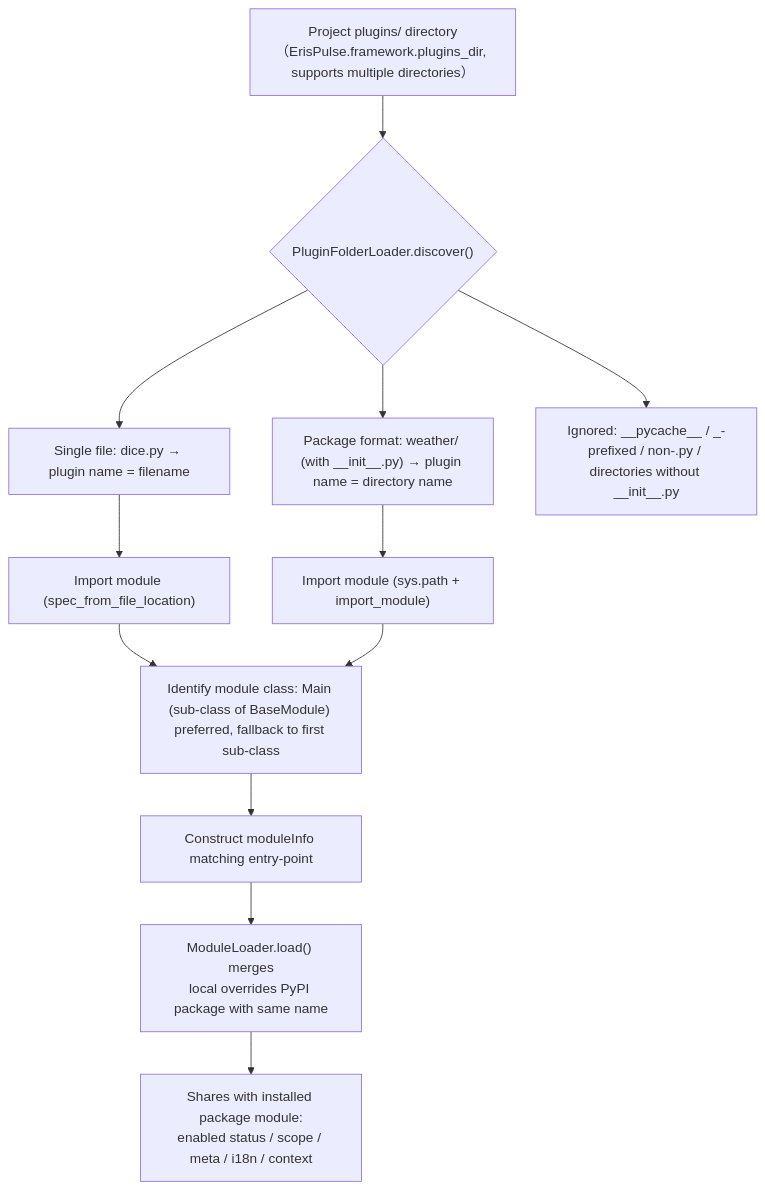
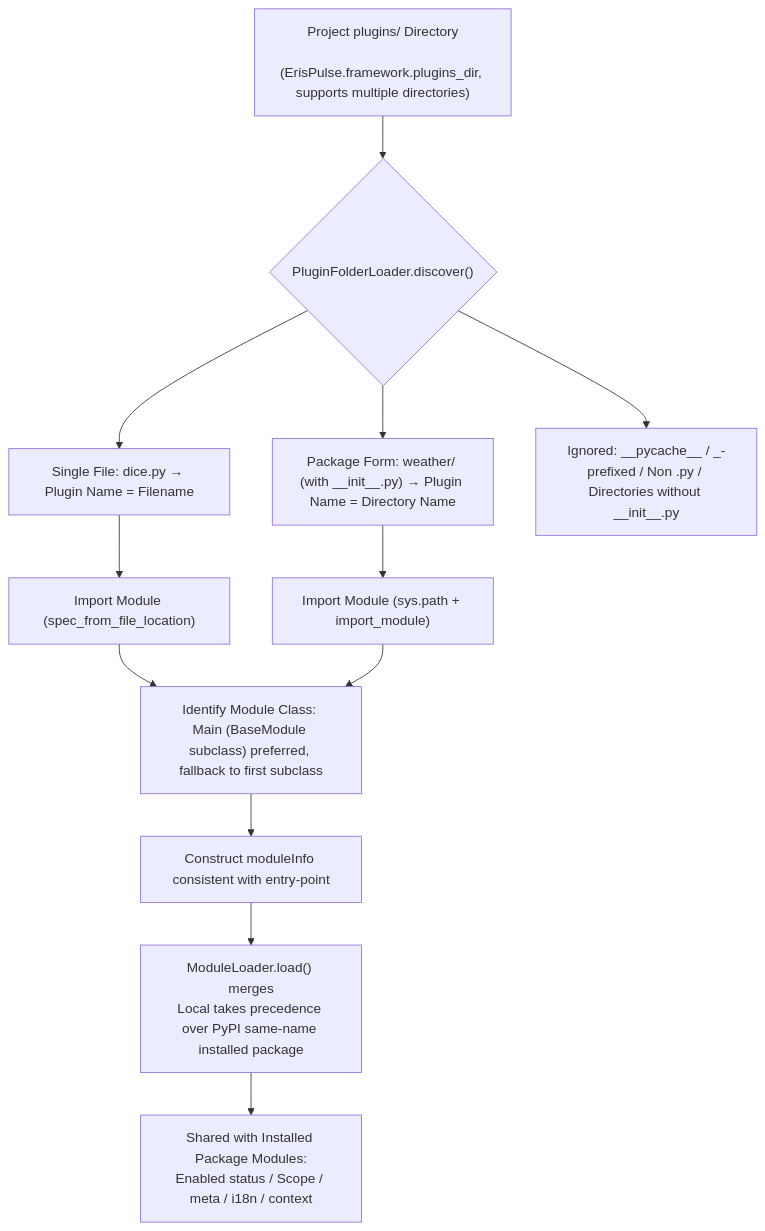
One commit to ErisPulse/ErisPulse changed the eighth of 9 diagrams in docs/en/architecture.md. Above: the diagram before and after it, drawn with Mermaid. The commit also changed other lines of this file and 79 other files, not shown here.

````diff
--- a/docs/en/architecture.md
+++ b/docs/en/architecture.md
@@ -258,14 +258,14 @@
 ```mermaid
 flowchart TD
-    A["Project plugins/ directory<br/>（ErisPulse.framework.plugins_dir, supports multiple directories）"] --> B{"PluginFolderLoader.discover()"}
-    B --> C["Single file: dice.py → plugin name = filename"]
-    B --> D["Package format: weather/ (with __init__.py) → plugin name = directory name"]
-    B --> E["Ignored: __pycache__ / _-prefixed / non-.py / directories without __init__.py"]
-    C --> F["Import module (spec_from_file_location)"]
-    D --> G["Import module (sys.path + import_module)"]
-    F --> H["Identify module class: Main (sub-class of BaseModule) preferred, fallback to first sub-class"]
+    A["Project plugins/ Directory<br/> (ErisPulse.framework.plugins_dir, supports multiple directories)"] --> B{"PluginFolderLoader.discover()"}
+    B --> C["Single File: dice.py → Plugin Name = Filename"]
+    B --> D["Package Form: weather/ (with __init__.py) → Plugin Name = Directory Name"]
+    B --> E["Ignored: __pycache__ / _-prefixed / Non .py / Directories without __init__.py"]
+    C --> F["Import Module (spec_from_file_location)"]
+    D --> G["Import Module (sys.path + import_module)"]
+    F --> H["Identify Module Class: Main (BaseModule subclass) preferred, fallback to first subclass"]
     G --> H
-    H --> I["Construct moduleInfo matching entry-point"]
-    I --> J["ModuleLoader.load() merges<br/>local overrides PyPI package with same name"]
-    J --> K["Shares with installed package module:<br/>enabled status / scope / meta / i18n / context"]
+    H --> I["Construct moduleInfo consistent with entry-point"]
+    I --> J["ModuleLoader.load() merges<br/>Local takes precedence over PyPI same-name installed package"]
+    J --> K["Shared with Installed Package Modules:<br/>Enabled status / Scope / meta / i18n / context"]
 ```
````
